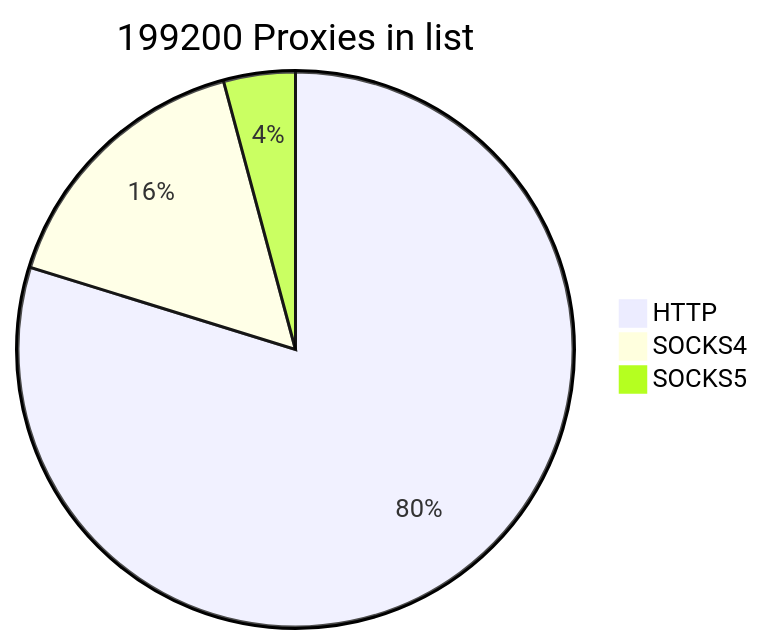
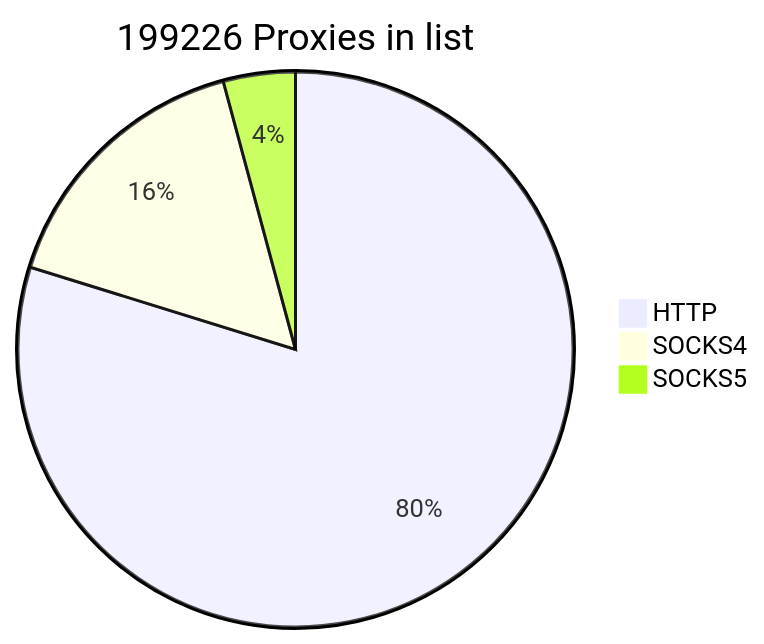
Before and after one commit to cutipu/proxylist: the first of 2 diagrams in README.md, drawn with Mermaid. The commit also changed other lines of this file, not shown here.

````diff
--- a/README.md
+++ b/README.md
@@ -2,7 +2,7 @@
 ```mermaid
-pie title 199200 Proxies in list
-    "HTTP" : 158918
-    "SOCKS4" : 31973
-    "SOCKS5" : 8309
+pie title 199226 Proxies in list
+    "HTTP" : 158960
+    "SOCKS4" : 31921
+    "SOCKS5" : 8345
             
 ```
````
